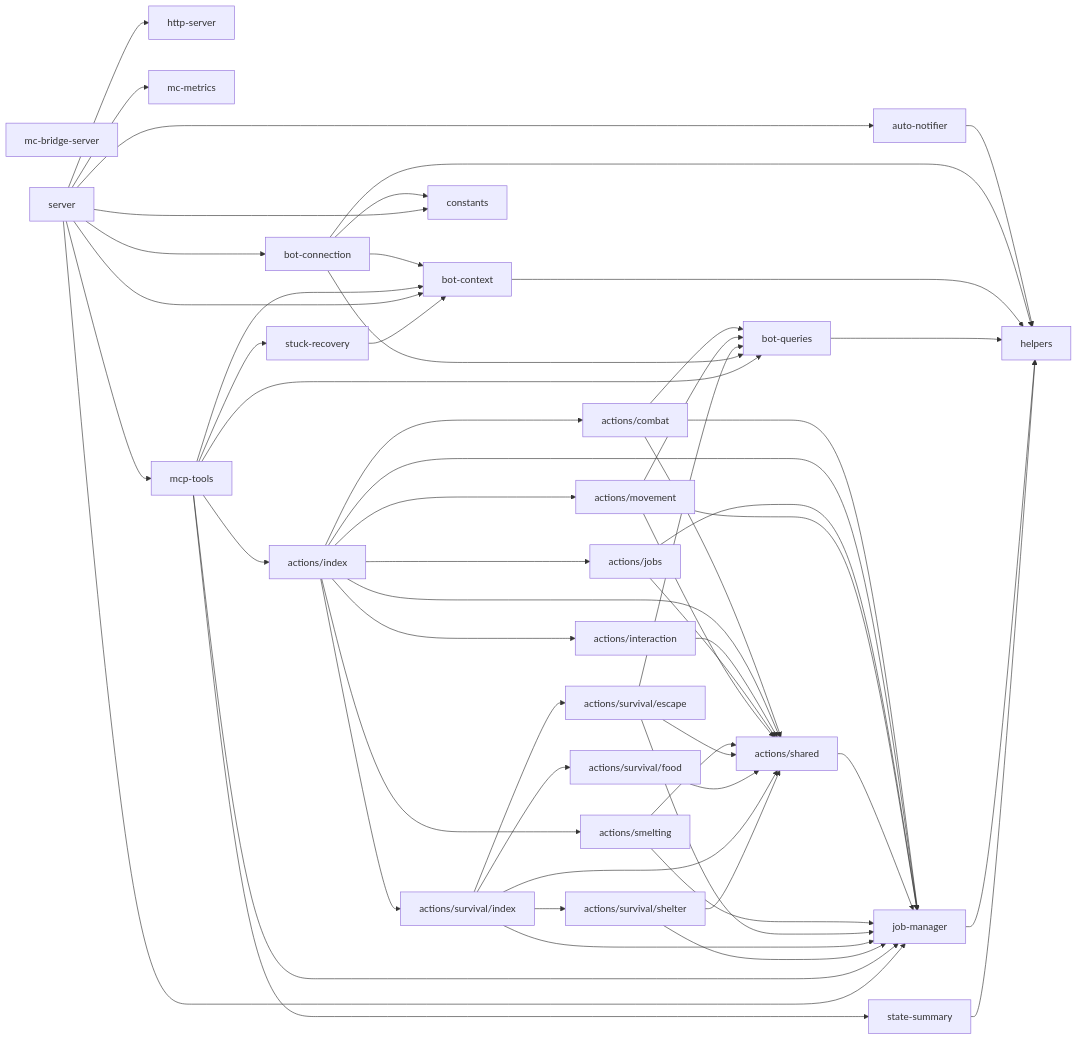
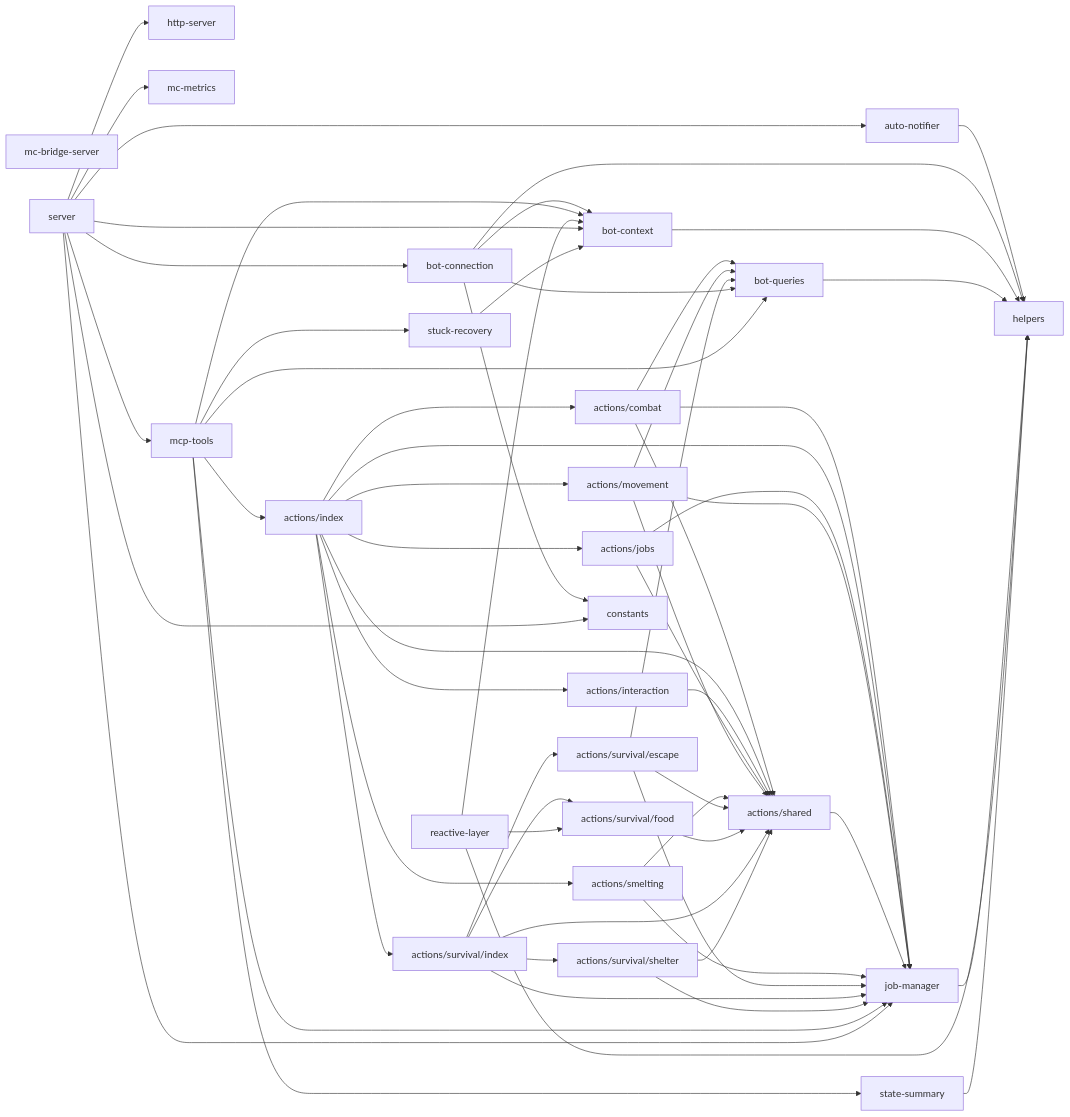
One commit to OJII3/vicissitude changed the diagram in packages/minecraft/DEPS.md. Above: the diagram before and after it, drawn with Mermaid. The commit also changed other lines of this file and 3 other files, not shown here.

First line of the commit message:
feat: ReactiveLayer（反射層）を実装

````diff
--- a/packages/minecraft/DEPS.md
+++ b/packages/minecraft/DEPS.md
@@ -7,63 +7,66 @@
 ```mermaid
 graph LR
   actions_combat["actions/combat"] --> actions_shared["actions/shared"]
   actions_combat["actions/combat"] --> bot_queries["bot-queries"]
   actions_combat["actions/combat"] --> job_manager["job-manager"]
   actions_index["actions/index"] --> actions_combat["actions/combat"]
   actions_index["actions/index"] --> actions_interaction["actions/interaction"]
   actions_index["actions/index"] --> actions_jobs["actions/jobs"]
   actions_index["actions/index"] --> actions_movement["actions/movement"]
   actions_index["actions/index"] --> actions_shared["actions/shared"]
   actions_index["actions/index"] --> actions_smelting["actions/smelting"]
   actions_index["actions/index"] --> actions_survival_index["actions/survival/index"]
   actions_index["actions/index"] --> job_manager["job-manager"]
   actions_interaction["actions/interaction"] --> actions_shared["actions/shared"]
   actions_jobs["actions/jobs"] --> actions_shared["actions/shared"]
   actions_jobs["actions/jobs"] --> job_manager["job-manager"]
   actions_movement["actions/movement"] --> actions_shared["actions/shared"]
   actions_movement["actions/movement"] --> bot_queries["bot-queries"]
   actions_movement["actions/movement"] --> job_manager["job-manager"]
   actions_shared["actions/shared"] --> job_manager["job-manager"]
   actions_smelting["actions/smelting"] --> actions_shared["actions/shared"]
   actions_smelting["actions/smelting"] --> job_manager["job-manager"]
   actions_survival_escape["actions/survival/escape"] --> actions_shared["actions/shared"]
   actions_survival_escape["actions/survival/escape"] --> bot_queries["bot-queries"]
   actions_survival_escape["actions/survival/escape"] --> job_manager["job-manager"]
   actions_survival_food["actions/survival/food"] --> actions_shared["actions/shared"]
   actions_survival_index["actions/survival/index"] --> actions_shared["actions/shared"]
   actions_survival_index["actions/survival/index"] --> actions_survival_escape["actions/survival/escape"]
   actions_survival_index["actions/survival/index"] --> actions_survival_food["actions/survival/food"]
   actions_survival_index["actions/survival/index"] --> actions_survival_shelter["actions/survival/shelter"]
   actions_survival_index["actions/survival/index"] --> job_manager["job-manager"]
   actions_survival_shelter["actions/survival/shelter"] --> actions_shared["actions/shared"]
   actions_survival_shelter["actions/survival/shelter"] --> job_manager["job-manager"]
   auto_notifier["auto-notifier"] --> helpers
   bot_connection["bot-connection"] --> bot_context["bot-context"]
   bot_connection["bot-connection"] --> bot_queries["bot-queries"]
   bot_connection["bot-connection"] --> constants
   bot_connection["bot-connection"] --> helpers
   bot_context["bot-context"] --> helpers
   bot_queries["bot-queries"] --> helpers
   constants
   helpers
   http_server["http-server"]
   job_manager["job-manager"] --> helpers
   mc_bridge_server["mc-bridge-server"]
   mc_metrics["mc-metrics"]
   mcp_tools["mcp-tools"] --> actions_index["actions/index"]
   mcp_tools["mcp-tools"] --> bot_context["bot-context"]
   mcp_tools["mcp-tools"] --> bot_queries["bot-queries"]
   mcp_tools["mcp-tools"] --> job_manager["job-manager"]
   mcp_tools["mcp-tools"] --> state_summary["state-summary"]
   mcp_tools["mcp-tools"] --> stuck_recovery["stuck-recovery"]
+  reactive_layer["reactive-layer"] --> actions_survival_food["actions/survival/food"]
+  reactive_layer["reactive-layer"] --> bot_context["bot-context"]
+  reactive_layer["reactive-layer"] --> helpers
   server --> auto_notifier["auto-notifier"]
   server --> bot_connection["bot-connection"]
   server --> bot_context["bot-context"]
   server --> constants
   server --> http_server["http-server"]
   server --> job_manager["job-manager"]
   server --> mc_metrics["mc-metrics"]
   server --> mcp_tools["mcp-tools"]
   state_summary["state-summary"] --> helpers
   stuck_recovery["stuck-recovery"] --> bot_context["bot-context"]
 ```
````
